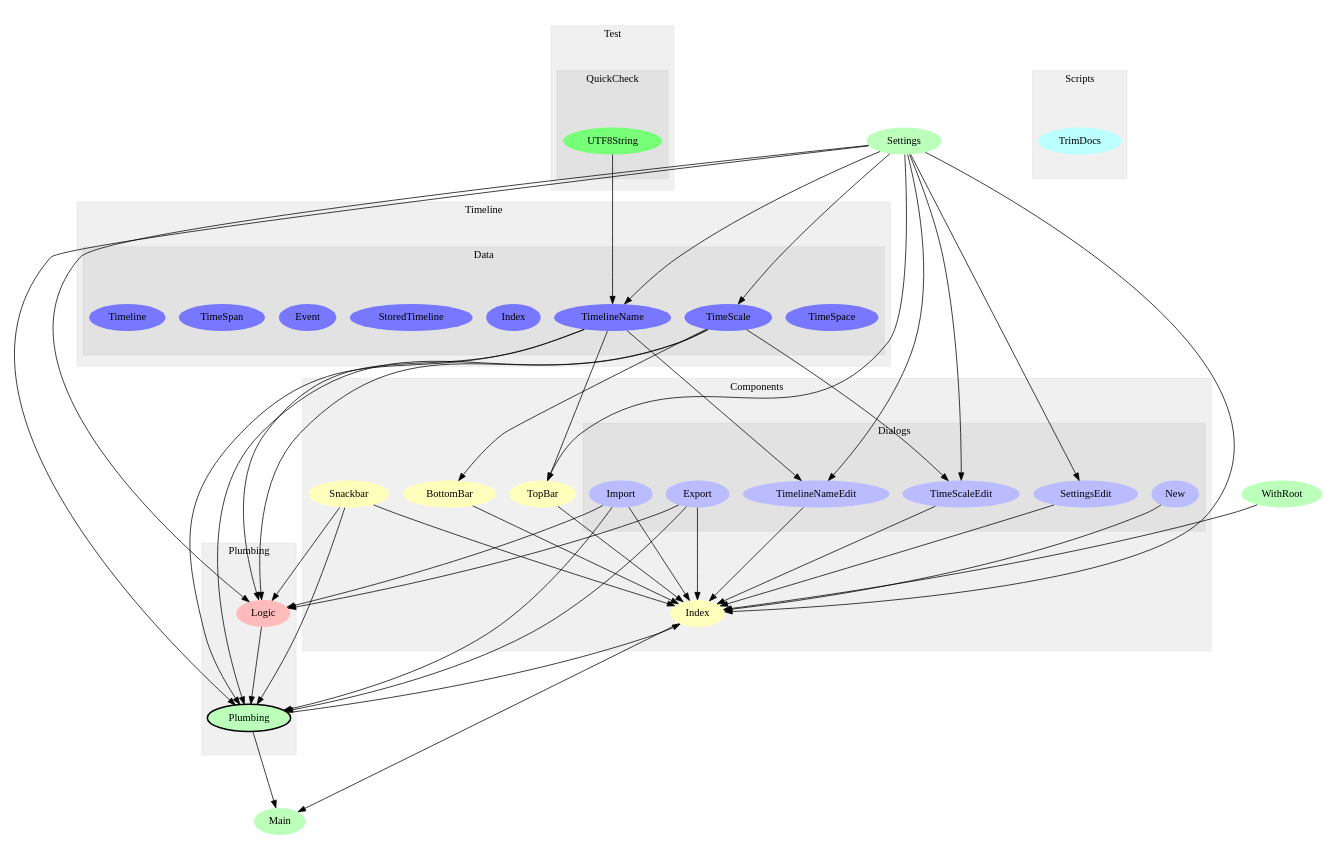
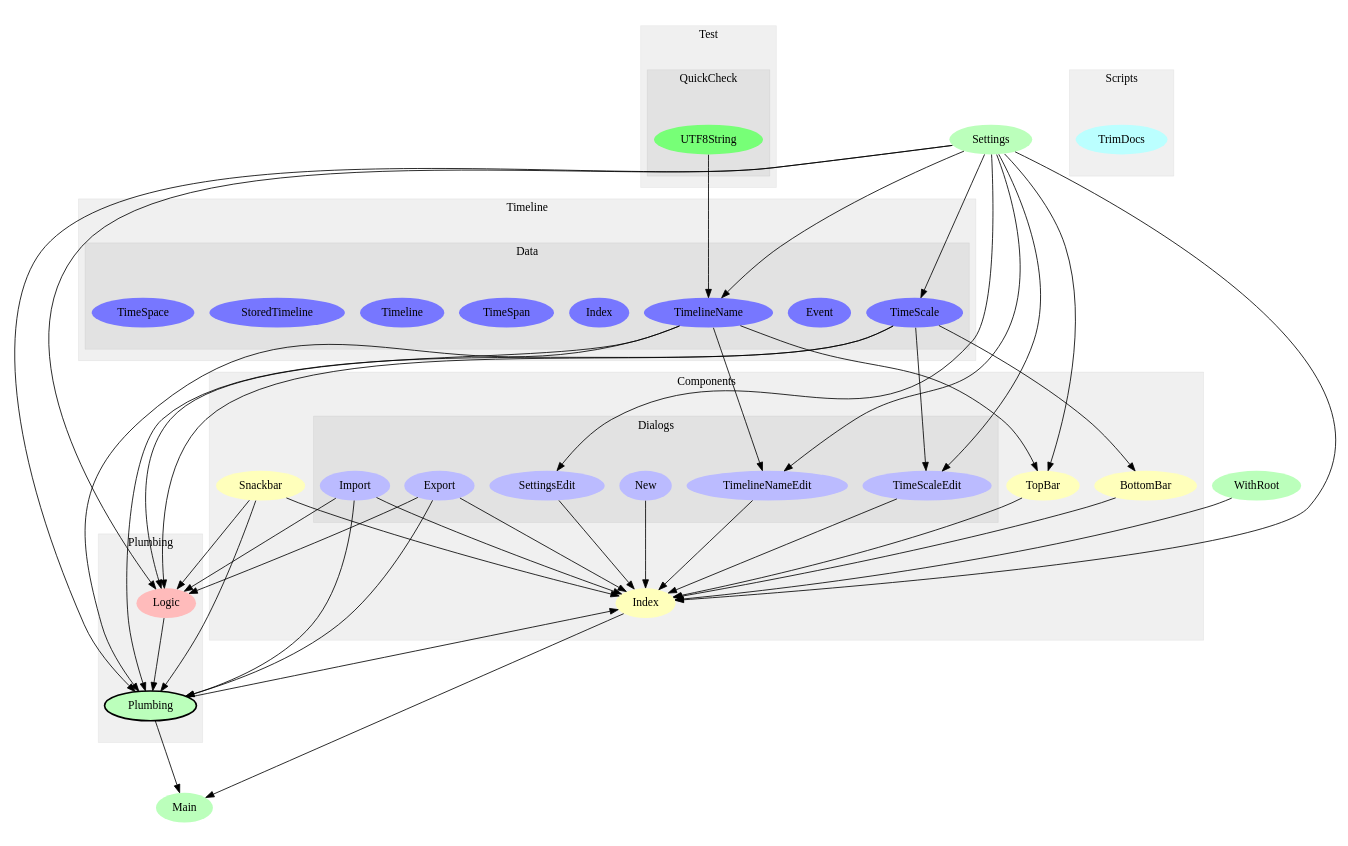
One commit to openchronology/openchronology.github.io changed the diagram in modules.dot. Above: the diagram before and after it, drawn with Graphviz. The commit also changed 36 other files, not shown here.

```diff
--- a/modules.dot
+++ b/modules.dot
@@ -1,116 +1,116 @@
 digraph Modules {
 size="12,8";
 ratio="fill";
-u10[label="Settings",style="filled",fillcolor="#bbffbb",penwidth="0"];
-u13[label="Main",style="filled",fillcolor="#bbffbb",penwidth="0"];
-u23[label="WithRoot",style="filled",fillcolor="#bbffbb",penwidth="0"];
+u0[label="Main",style="filled",fillcolor="#bbffbb",penwidth="0"];
+u21[label="WithRoot",style="filled",fillcolor="#bbffbb",penwidth="0"];
+u22[label="Settings",style="filled",fillcolor="#bbffbb",penwidth="0"];
 subgraph cluster_0 {
 label="Components";
 color="#0000000F";
 style="filled";
-u0[label="BottomBar",style="filled",fillcolor="#ffffbb",penwidth="0"];
-u7[label="TopBar",style="filled",fillcolor="#ffffbb",penwidth="0"];
-u8[label="Index",style="filled",fillcolor="#ffffbb",penwidth="0"];
-u9[label="Snackbar",style="filled",fillcolor="#ffffbb",penwidth="0"];
+u17[label="Index",style="filled",fillcolor="#ffffbb",penwidth="0"];
+u18[label="TopBar",style="filled",fillcolor="#ffffbb",penwidth="0"];
+u19[label="BottomBar",style="filled",fillcolor="#ffffbb",penwidth="0"];
+u20[label="Snackbar",style="filled",fillcolor="#ffffbb",penwidth="0"];
 subgraph cluster_1 {
 label="Dialogs";
 color="#0000000F";
 style="filled";
-u1[label="Import",style="filled",fillcolor="#bbbbff",penwidth="0"];
-u2[label="SettingsEdit",style="filled",fillcolor="#bbbbff",penwidth="0"];
-u3[label="TimelineNameEdit",style="filled",fillcolor="#bbbbff",penwidth="0"];
-u4[label="TimeScaleEdit",style="filled",fillcolor="#bbbbff",penwidth="0"];
-u5[label="Export",style="filled",fillcolor="#bbbbff",penwidth="0"];
-u6[label="New",style="filled",fillcolor="#bbbbff",penwidth="0"];
+u11[label="TimelineNameEdit",style="filled",fillcolor="#bbbbff",penwidth="0"];
+u12[label="SettingsEdit",style="filled",fillcolor="#bbbbff",penwidth="0"];
+u13[label="New",style="filled",fillcolor="#bbbbff",penwidth="0"];
+u14[label="Export",style="filled",fillcolor="#bbbbff",penwidth="0"];
+u15[label="Import",style="filled",fillcolor="#bbbbff",penwidth="0"];
+u16[label="TimeScaleEdit",style="filled",fillcolor="#bbbbff",penwidth="0"];
 
 }
 
 }
 subgraph cluster_2 {
 label="Plumbing";
 color="#0000000F";
 style="filled";
-u11[label="Plumbing",style="filled,bold",fillcolor="#bbffbb"];
-u22[label="Logic",style="filled",fillcolor="#ffbbbb",penwidth="0"];
+u10[label="Plumbing",style="filled,bold",fillcolor="#bbffbb"];
+u1[label="Logic",style="filled",fillcolor="#ffbbbb",penwidth="0"];
 
 }
 subgraph cluster_3 {
 label="Scripts";
 color="#0000000F";
 style="filled";
-u24[label="TrimDocs",style="filled",fillcolor="#bbffff",penwidth="0"];
+u23[label="TrimDocs",style="filled",fillcolor="#bbffff",penwidth="0"];
 
 }
 subgraph cluster_4 {
 label="Test";
 color="#0000000F";
 style="filled";
 subgraph cluster_5 {
 label="QuickCheck";
 color="#0000000F";
 style="filled";
-u12[label="UTF8String",style="filled",fillcolor="#77ff77",penwidth="0"];
+u24[label="UTF8String",style="filled",fillcolor="#77ff77",penwidth="0"];
 
 }
 
 }
 subgraph cluster_6 {
 label="Timeline";
 color="#0000000F";
 style="filled";
 subgraph cluster_7 {
 label="Data";
 color="#0000000F";
 style="filled";
-u14[label="TimeSpace",style="filled",fillcolor="#7777ff",penwidth="0"];
-u15[label="TimeScale",style="filled",fillcolor="#7777ff",penwidth="0"];
-u16[label="TimelineName",style="filled",fillcolor="#7777ff",penwidth="0"];
-u17[label="Index",style="filled",fillcolor="#7777ff",penwidth="0"];
-u18[label="StoredTimeline",style="filled",fillcolor="#7777ff",penwidth="0"];
-u19[label="Event",style="filled",fillcolor="#7777ff",penwidth="0"];
-u20[label="TimeSpan",style="filled",fillcolor="#7777ff",penwidth="0"];
-u21[label="Timeline",style="filled",fillcolor="#7777ff",penwidth="0"];
+u2[label="TimeScale",style="filled",fillcolor="#7777ff",penwidth="0"];
+u3[label="Event",style="filled",fillcolor="#7777ff",penwidth="0"];
+u4[label="TimelineName",style="filled",fillcolor="#7777ff",penwidth="0"];
+u5[label="Index",style="filled",fillcolor="#7777ff",penwidth="0"];
+u6[label="TimeSpan",style="filled",fillcolor="#7777ff",penwidth="0"];
+u7[label="Timeline",style="filled",fillcolor="#7777ff",penwidth="0"];
+u8[label="StoredTimeline",style="filled",fillcolor="#7777ff",penwidth="0"];
+u9[label="TimeSpace",style="filled",fillcolor="#7777ff",penwidth="0"];
 
 }
 
 }
-u15 -> u0;
-u10 -> u2;
-u10 -> u3;
-u16 -> u3;
-u10 -> u4;
-u15 -> u4;
-u10 -> u7;
-u16 -> u7;
-u0 -> u8;
-u1 -> u8;
-u2 -> u8;
-u3 -> u8;
-u4 -> u8;
-u5 -> u8;
-u6 -> u8;
-u7 -> u8;
-u9 -> u8;
-u10 -> u8;
-u11 -> u8;
-u23 -> u8;
-u1 -> u11;
-u5 -> u11;
-u9 -> u11;
-u10 -> u11;
-u15 -> u11;
-u16 -> u11;
+u10 -> u0;
+u17 -> u0;
+u2 -> u1;
+u4 -> u1;
+u14 -> u1;
+u15 -> u1;
+u20 -> u1;
+u22 -> u1;
+u22 -> u2;
+u22 -> u4;
+u24 -> u4;
+u1 -> u10;
+u2 -> u10;
+u4 -> u10;
+u14 -> u10;
+u15 -> u10;
+u20 -> u10;
+u22 -> u10;
+u4 -> u11;
 u22 -> u11;
-u8 -> u13;
-u11 -> u13;
-u10 -> u15;
-u10 -> u16;
-u12 -> u16;
-u1 -> u22;
-u5 -> u22;
-u9 -> u22;
-u10 -> u22;
-u15 -> u22;
-u16 -> u22;
+u22 -> u12;
+u2 -> u16;
+u22 -> u16;
+u10 -> u17;
+u11 -> u17;
+u12 -> u17;
+u13 -> u17;
+u14 -> u17;
+u15 -> u17;
+u16 -> u17;
+u18 -> u17;
+u19 -> u17;
+u20 -> u17;
+u21 -> u17;
+u22 -> u17;
+u4 -> u18;
+u22 -> u18;
+u2 -> u19;
 
 }
```
